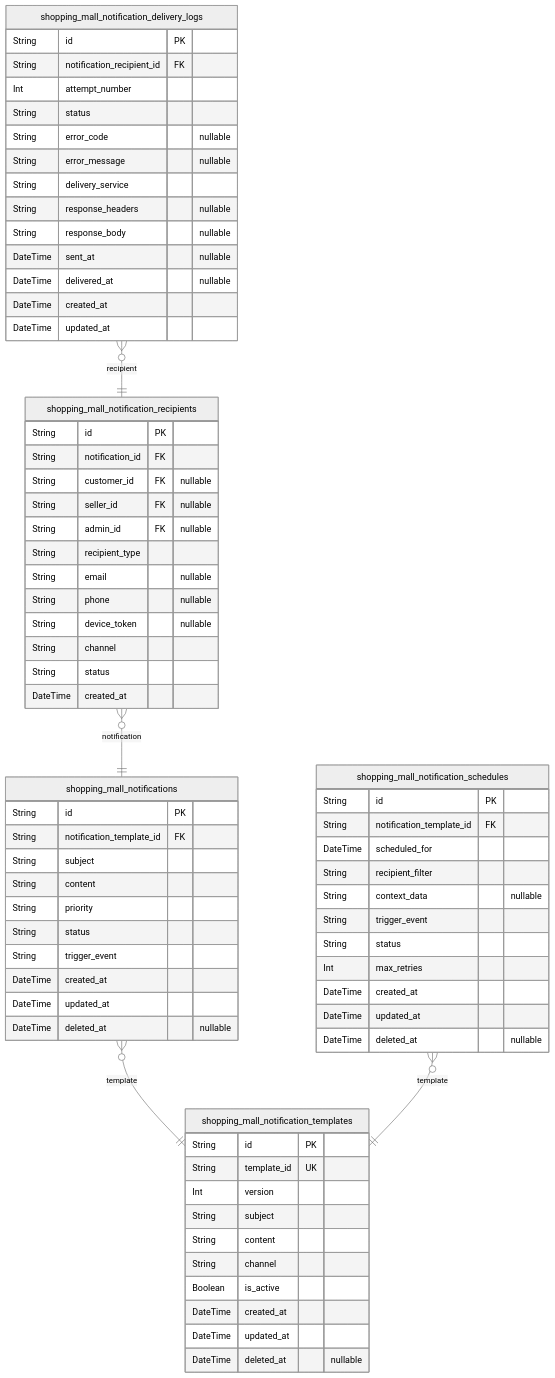
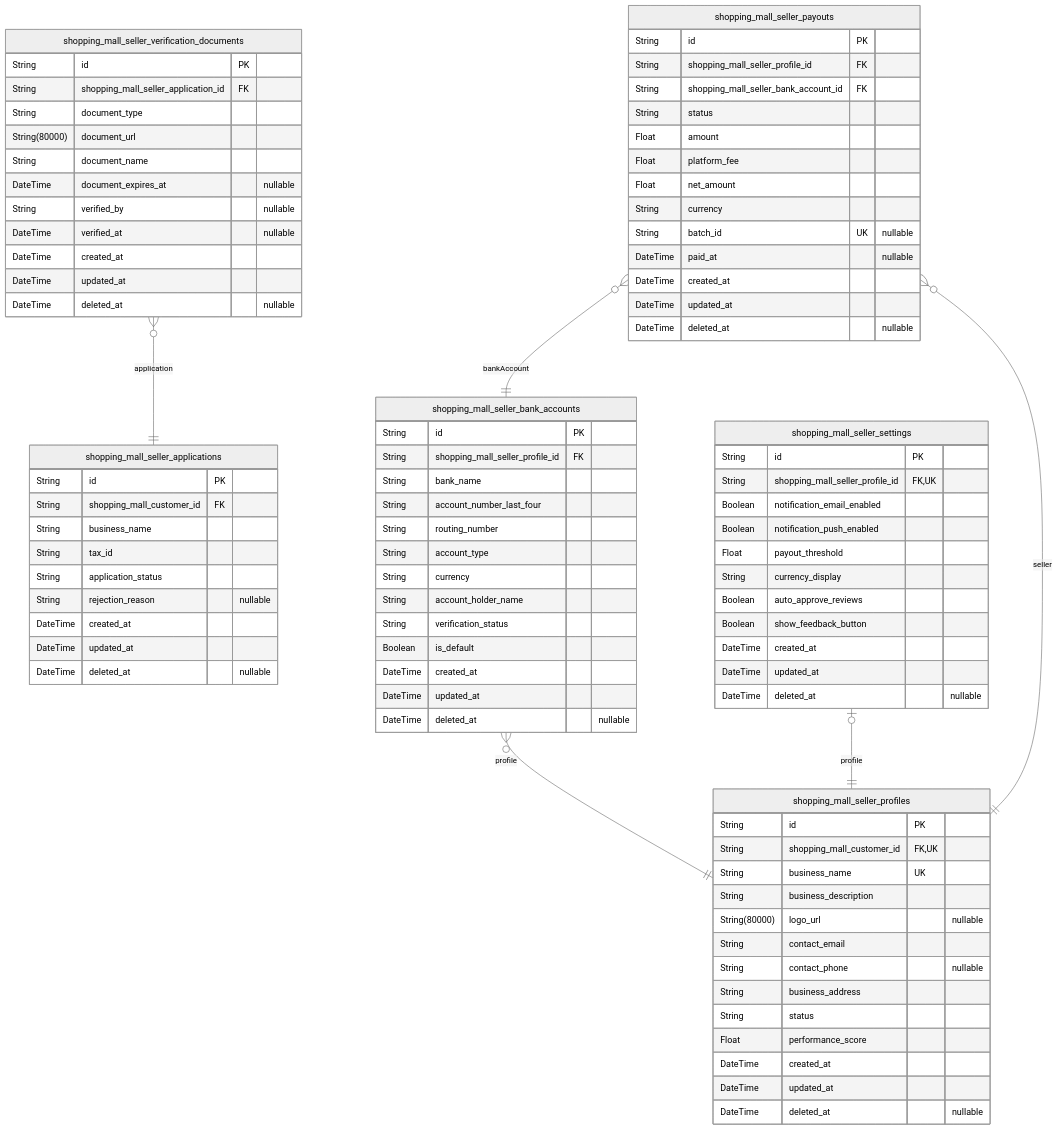
Before and after one commit to wrtnlabs/autobe-examples: the ninth of 11 diagrams in qwen/qwen3-next-80b-a3b-instruct/shopping/docs/ERD.md, drawn with Mermaid (neutral theme). The commit also changed other lines of this file and 366 other files, not shown here.

````diff
--- a/qwen/qwen3-next-80b-a3b-instruct/shopping/docs/ERD.md
+++ b/qwen/qwen3-next-80b-a3b-instruct/shopping/docs/ERD.md
@@ -3348,73 +2178,90 @@
 ```mermaid
 erDiagram
-"shopping_mall_notifications" {
+"shopping_mall_seller_applications" {
   String id PK
-  String notification_template_id FK
-  String subject
-  String content
-  String priority
-  String status
-  String trigger_event
+  String shopping_mall_customer_id FK
+  String business_name
+  String tax_id
+  String application_status
+  String rejection_reason "nullable"
   DateTime created_at
   DateTime updated_at
   DateTime deleted_at "nullable"
 }
-"shopping_mall_notification_templates" {
+"shopping_mall_seller_verification_documents" {
   String id PK
-  String template_id UK
-  Int version
-  String subject
-  String content
-  String channel
-  Boolean is_active
+  String shopping_mall_seller_application_id FK
+  String document_type
+  String(80000) document_url
+  String document_name
+  DateTime document_expires_at "nullable"
+  String verified_by "nullable"
+  DateTime verified_at "nullable"
   DateTime created_at
   DateTime updated_at
   DateTime deleted_at "nullable"
 }
-"shopping_mall_notification_recipients" {
+"shopping_mall_seller_bank_accounts" {
   String id PK
-  String notification_id FK
-  String customer_id FK "nullable"
-  String seller_id FK "nullable"
-  String admin_id FK "nullable"
-  String recipient_type
-  String email "nullable"
-  String phone "nullable"
-  String device_token "nullable"
-  String channel
-  String status
-  DateTime created_at
-}
-"shopping_mall_notification_delivery_logs" {
-  String id PK
-  String notification_recipient_id FK
-  Int attempt_number
-  String status
-  String error_code "nullable"
-  String error_message "nullable"
-  String delivery_service
-  String response_headers "nullable"
-  String response_body "nullable"
-  DateTime sent_at "nullable"
-  DateTime delivered_at "nullable"
-  DateTime created_at
-  DateTime updated_at
-}
-"shopping_mall_notification_schedules" {
-  String id PK
-  String notification_template_id FK
-  DateTime scheduled_for
-  String recipient_filter
-  String context_data "nullable"
-  String trigger_event
-  String status
-  Int max_retries
+  String shopping_mall_seller_profile_id FK
+  String bank_name
+  String account_number_last_four
+  String routing_number
+  String account_type
+  String currency
+  String account_holder_name
+  String verification_status
+  Boolean is_default
   DateTime created_at
   DateTime updated_at
   DateTime deleted_at "nullable"
 }
-"shopping_mall_notifications" }o--|| "shopping_mall_notification_templates" : template
-"shopping_mall_notification_recipients" }o--|| "shopping_mall_notifications" : notification
-"shopping_mall_notification_delivery_logs" }o--|| "shopping_mall_notification_recipients" : recipient
-"shopping_mall_notification_schedules" }o--|| "shopping_mall_notification_templates" : template
+"shopping_mall_seller_profiles" {
+  String id PK
+  String shopping_mall_customer_id FK,UK
+  String business_name UK
+  String business_description
+  String(80000) logo_url "nullable"
+  String contact_email
+  String contact_phone "nullable"
+  String business_address
+  String status
+  Float performance_score
+  DateTime created_at
+  DateTime updated_at
+  DateTime deleted_at "nullable"
+}
+"shopping_mall_seller_settings" {
+  String id PK
+  String shopping_mall_seller_profile_id FK,UK
+  Boolean notification_email_enabled
+  Boolean notification_push_enabled
+  Float payout_threshold
+  String currency_display
+  Boolean auto_approve_reviews
+  Boolean show_feedback_button
+  DateTime created_at
+  DateTime updated_at
+  DateTime deleted_at "nullable"
+}
+"shopping_mall_seller_payouts" {
+  String id PK
+  String shopping_mall_seller_profile_id FK
+  String shopping_mall_seller_bank_account_id FK
+  String status
+  Float amount
+  Float platform_fee
+  Float net_amount
+  String currency
+  String batch_id UK "nullable"
+  DateTime paid_at "nullable"
+  DateTime created_at
+  DateTime updated_at
+  DateTime deleted_at "nullable"
+}
+"shopping_mall_seller_verification_documents" }o--|| "shopping_mall_seller_applications" : application
+"shopping_mall_seller_bank_accounts" }o--|| "shopping_mall_seller_profiles" : profile
+"shopping_mall_seller_settings" |o--|| "shopping_mall_seller_profiles" : profile
+"shopping_mall_seller_payouts" }o--|| "shopping_mall_seller_profiles" : seller
+"shopping_mall_seller_payouts" }o--|| "shopping_mall_seller_bank_accounts" : bankAccount
 ```
````
